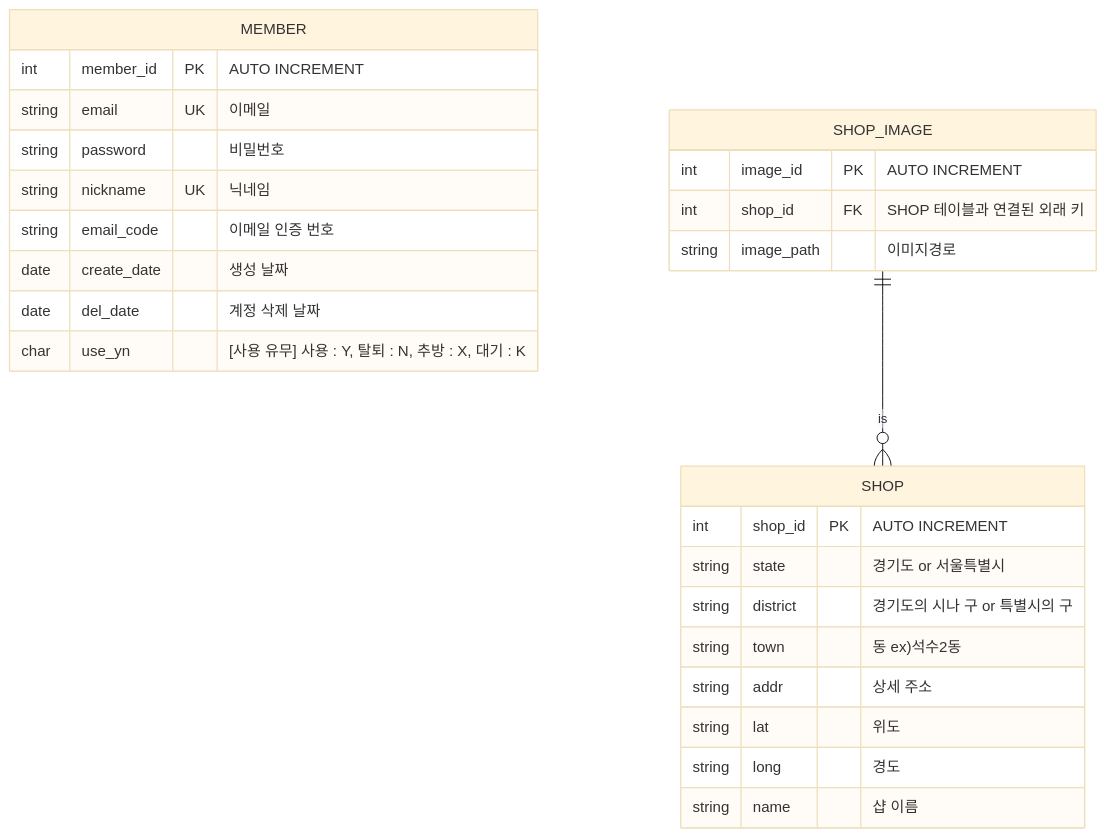
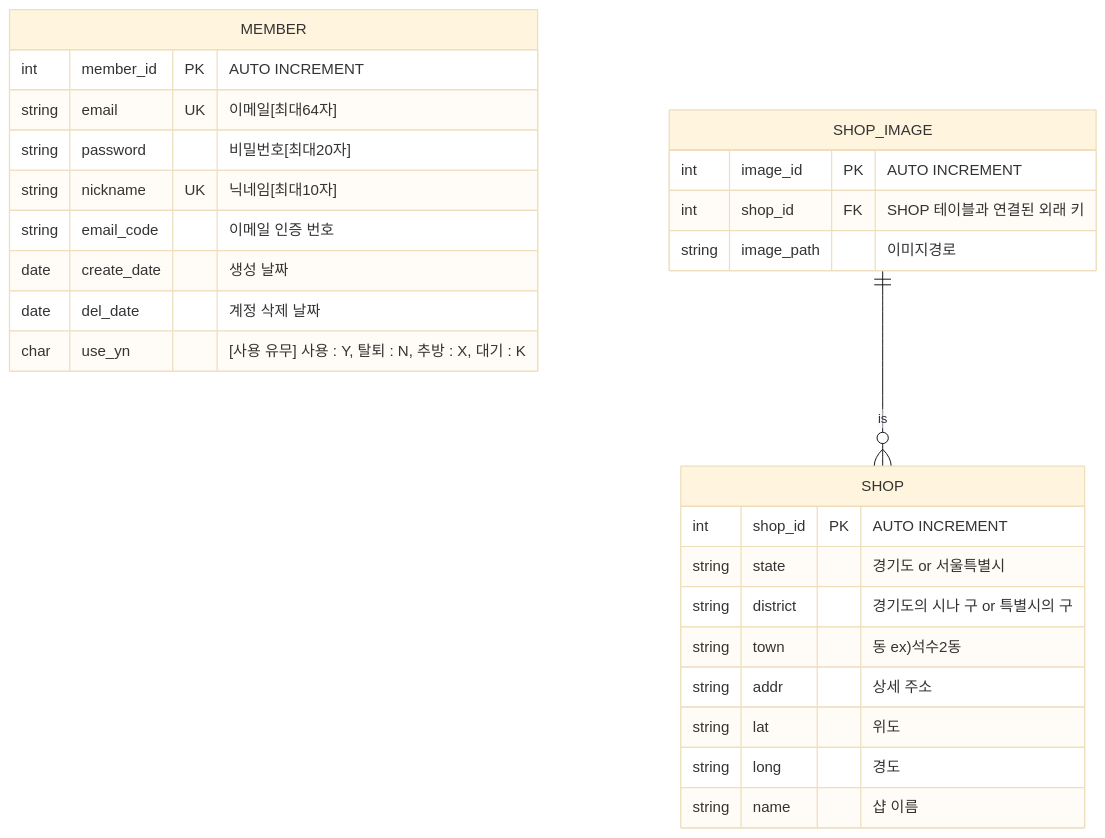
Before and after one commit to kimyezzang97/NewVintly: the diagram in mermaid/erd.md, drawn with Mermaid (base theme).

````diff
--- a/mermaid/erd.md
+++ b/mermaid/erd.md
@@ -1,30 +1,30 @@
 ```mermaid
 erDiagram
     MEMBER {
         int member_id PK "AUTO INCREMENT"
-        string email UK "이메일"
-        string password "비밀번호"
-        string nickname UK "닉네임"
+        string email UK "이메일[최대64자]"
+        string password "비밀번호[최대20자]"
+        string nickname UK "닉네임[최대10자]"
         string email_code "이메일 인증 번호"
         date create_date "생성 날짜"
         date del_date "계정 삭제 날짜"
         char use_yn "[사용 유무] 사용 : Y, 탈퇴 : N, 추방 : X, 대기 : K"
     }
     
     SHOP {
         int shop_id PK "AUTO INCREMENT"
         string state "경기도 or 서울특별시"
         string district "경기도의 시나 구 or 특별시의 구"
         string town "동 ex)석수2동"
         string addr "상세 주소"
         string lat "위도"
         string long "경도"
         string name "샵 이름"
     }
     SHOP_IMAGE ||--o{ SHOP : is
     SHOP_IMAGE {
         int image_id PK  "AUTO INCREMENT"
         int shop_id FK "SHOP 테이블과 연결된 외래 키"
         string image_path "이미지경로"
     }
 ```
````
